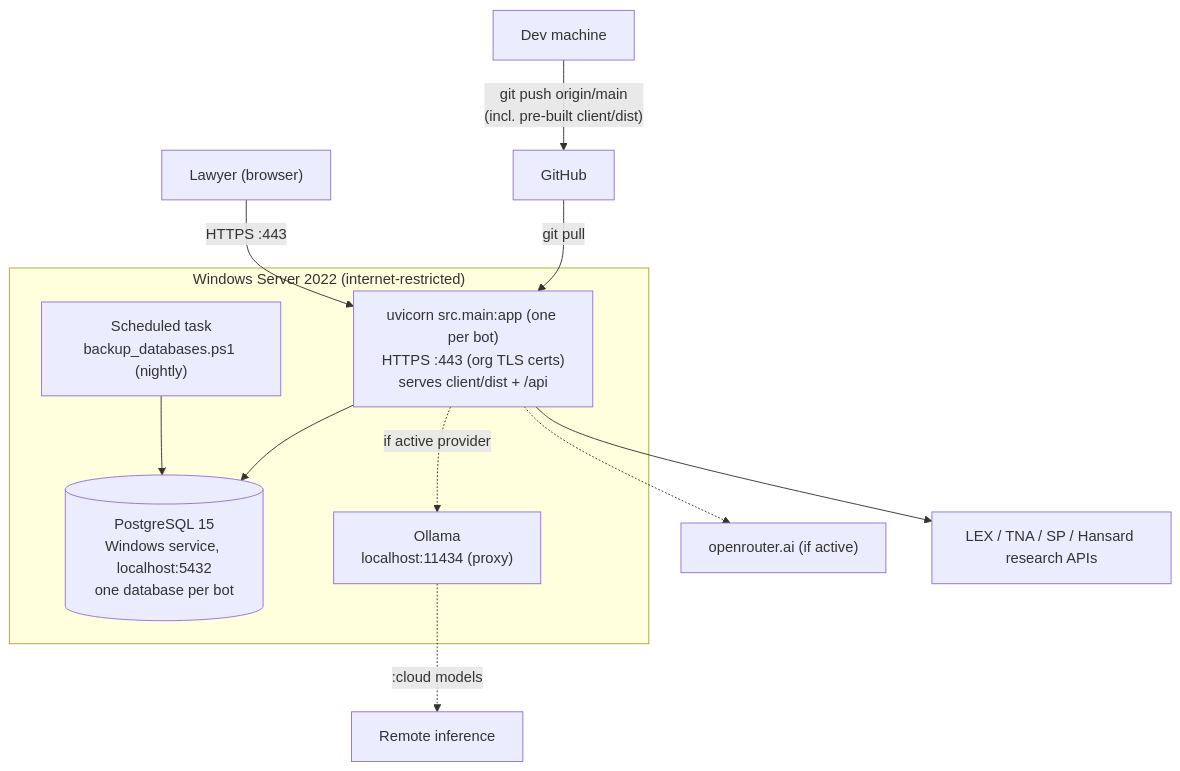
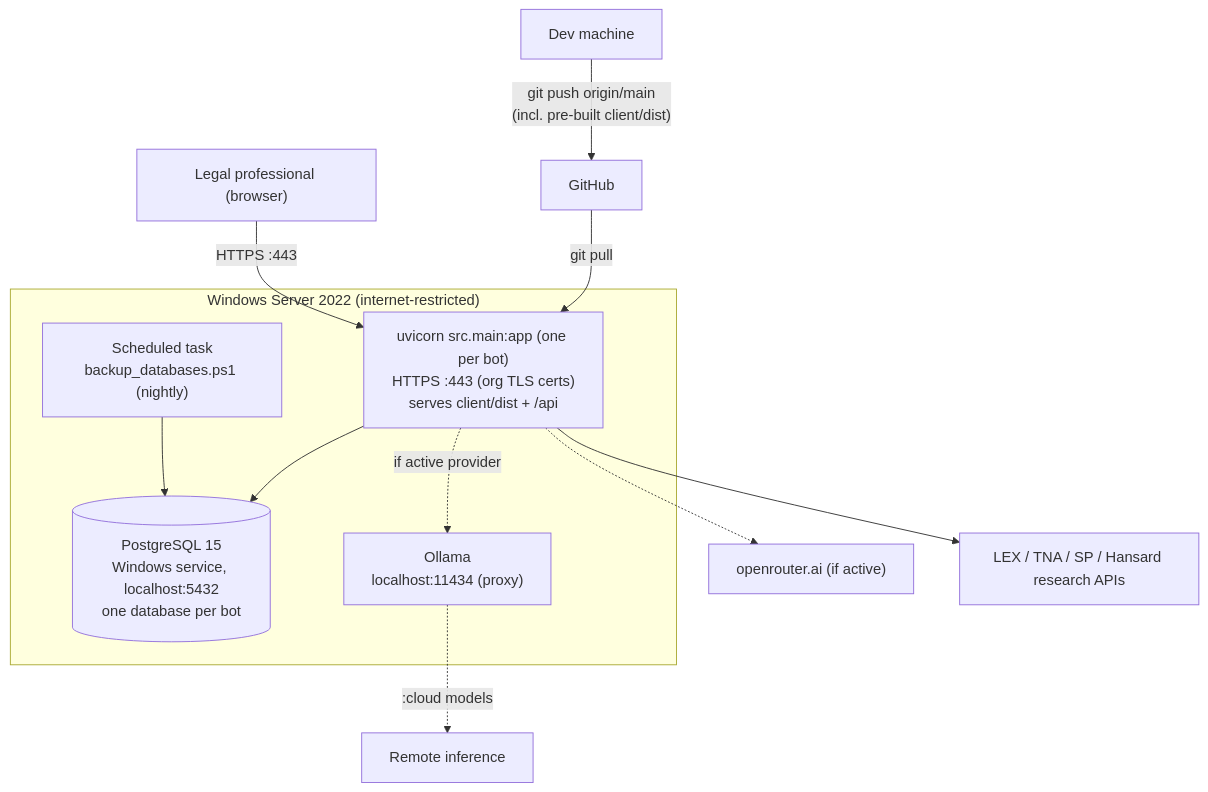
One commit to delphium226/LexChat changed diagram 14 of 14 in docs/ARCHITECTURE.md. Above: the diagram before and after it, drawn with Mermaid. The commit also changed other lines of this file and 84 other files, not shown here.

````diff
--- a/docs/ARCHITECTURE.md
+++ b/docs/ARCHITECTURE.md
@@ -767,20 +767,20 @@
 ```mermaid
 graph TB
     subgraph target["Windows Server 2022 (internet-restricted)"]
         uvicorn["uvicorn src.main:app (one per bot)<br/>HTTPS :443 (org TLS certs)<br/>serves client/dist + /api"]
         pg[("PostgreSQL 15<br/>Windows service, localhost:5432<br/>one database per bot")]
         ollama["Ollama<br/>localhost:11434 (proxy)"]
         task["Scheduled task<br/>backup_databases.ps1 (nightly)"]
         uvicorn --> pg
         task --> pg
         uvicorn -.->|if active provider| ollama
     end
 
     dev["Dev machine"] -->|"git push origin/main<br/>(incl. pre-built client/dist)"| gh["GitHub"]
     gh -->|"git pull"| uvicorn
     ollama -.->|":cloud models"| cloud["Remote inference"]
     uvicorn -.-> openrouter["openrouter.ai (if active)"]
     uvicorn --> research["LEX / TNA / SP / Hansard research APIs"]
 
-    user["Lawyer (browser)"] -->|HTTPS :443| uvicorn
+    user["Legal professional (browser)"] -->|HTTPS :443| uvicorn
 ```
````
